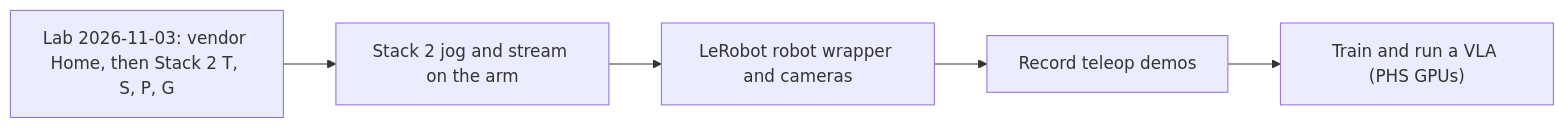
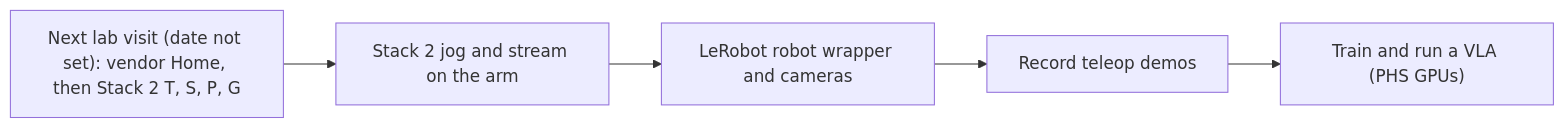
One commit to Sebastianr8243/scorbot-er4u-python changed the diagram in docs/STATUS.md. Above: the diagram before and after it, drawn with Mermaid. The commit also changed other lines of this file and 4 other files, not shown here.

First line of the commit message:
Docs refresh as of 2026-11-04: no past lab date as future, merged PRs logged

````diff
--- a/docs/STATUS.md
+++ b/docs/STATUS.md
@@ -52,7 +52,7 @@
 ```mermaid
 flowchart LR
-    L["Lab 2026-11-03: vendor Home, then Stack 2 T, S, P, G"] --> J["Stack 2 jog and stream on the arm"]
+    L["Next lab visit (date not set): vendor Home, then Stack 2 T, S, P, G"] --> J["Stack 2 jog and stream on the arm"]
     J --> R["LeRobot robot wrapper and cameras"]
     R --> D["Record teleop demos"]
     D --> V["Train and run a VLA (PHS GPUs)"]
 ```
````
